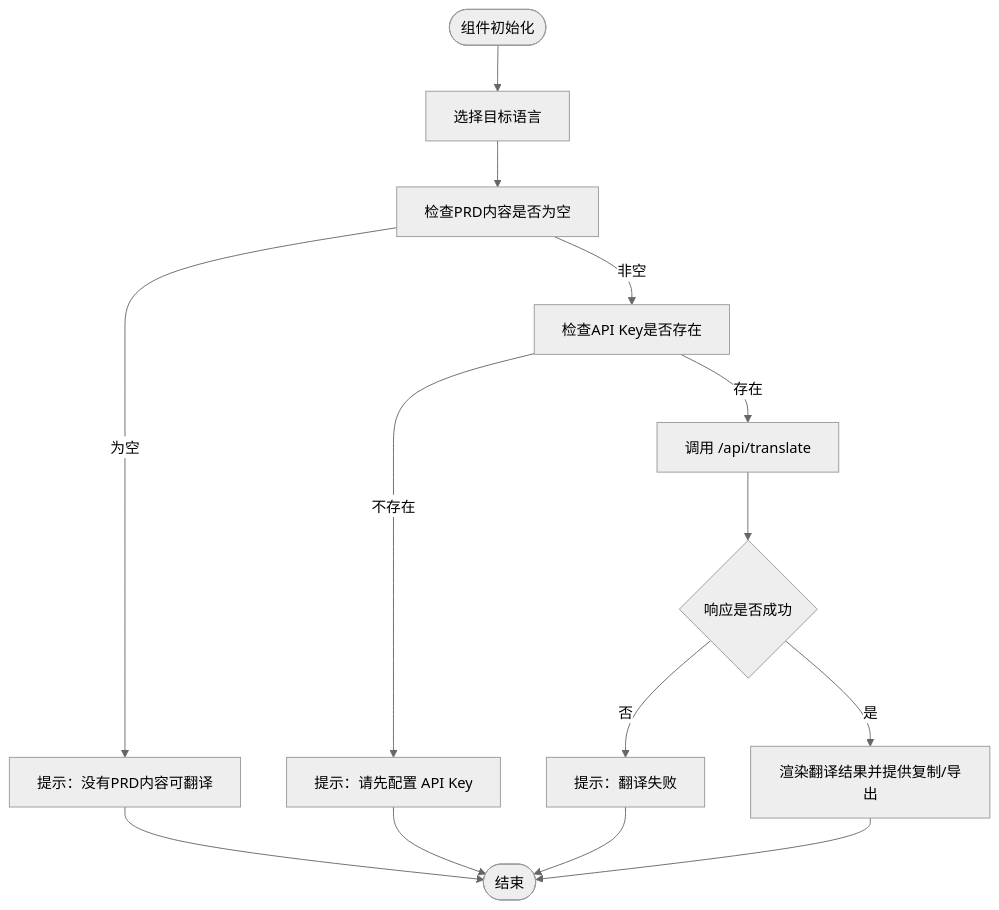
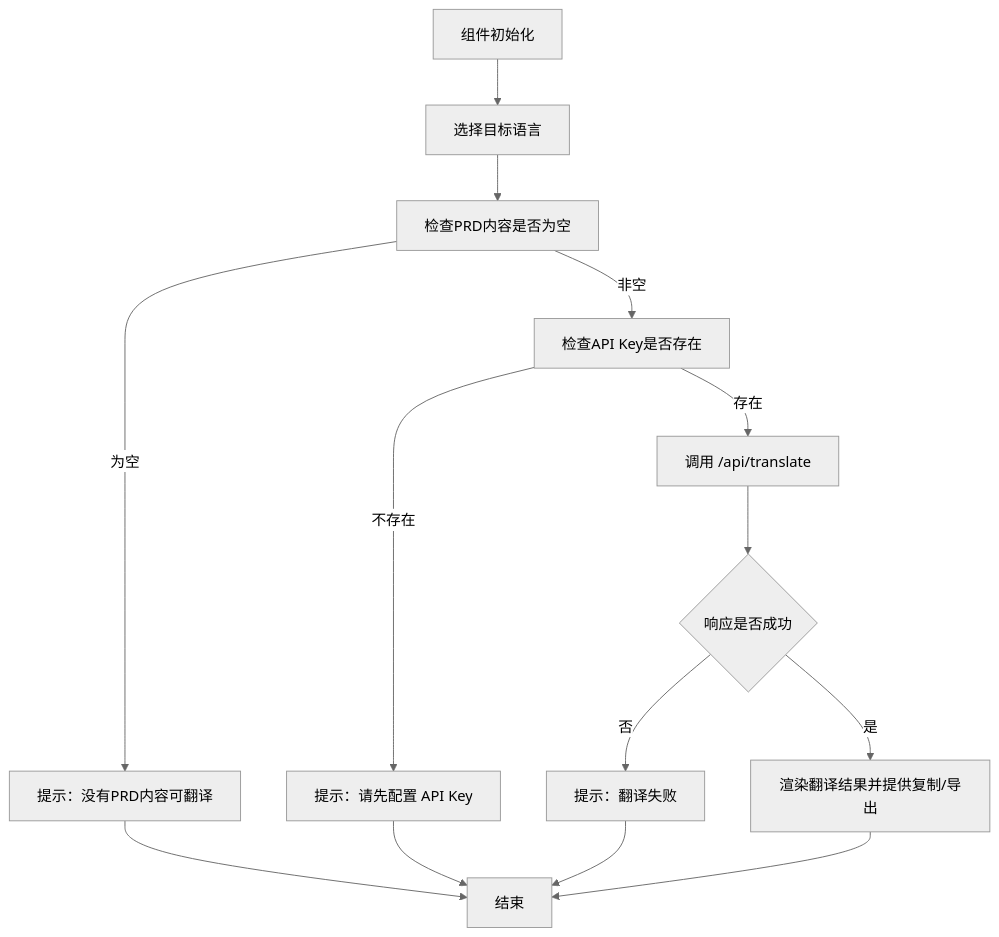
One commit to leonaiuv/PRDbot changed the eighth of 9 diagrams in .qoder/repowiki/zh/content/核心功能模块/AI分析工具.md. Above: the diagram before and after it, drawn with Mermaid (neutral theme). The commit also changed other lines of this file and 10 other files, not shown here.

First line of the commit message:
feat(documentation): 添加Mermaid渲染器与AI功能文档

````diff
--- a/.qoder/repowiki/zh/content/核心功能模块/AI分析工具.md
+++ b/.qoder/repowiki/zh/content/核心功能模块/AI分析工具.md
@@ -297,16 +347,16 @@
 ```mermaid
 flowchart TD
-Start(["组件初始化"]) --> LangSelect["选择目标语言"]
+Start["组件初始化"] --> LangSelect["选择目标语言"]
 LangSelect --> CheckPrd["检查PRD内容是否为空"]
 CheckPrd --> |为空| ToastPrd["提示：没有PRD内容可翻译"]
 CheckPrd --> |非空| CheckKey["检查API Key是否存在"]
 CheckKey --> |不存在| ToastKey["提示：请先配置 API Key"]
 CheckKey --> |存在| CallTrans["调用 /api/translate"]
 CallTrans --> RespOK{"响应是否成功"}
 RespOK --> |否| ToastErr["提示：翻译失败"]
 RespOK --> |是| Render["渲染翻译结果并提供复制/导出"]
-ToastPrd --> End(["结束"])
+ToastPrd --> End["结束"]
 ToastKey --> End
 ToastErr --> End
 Render --> End
 ```
````
